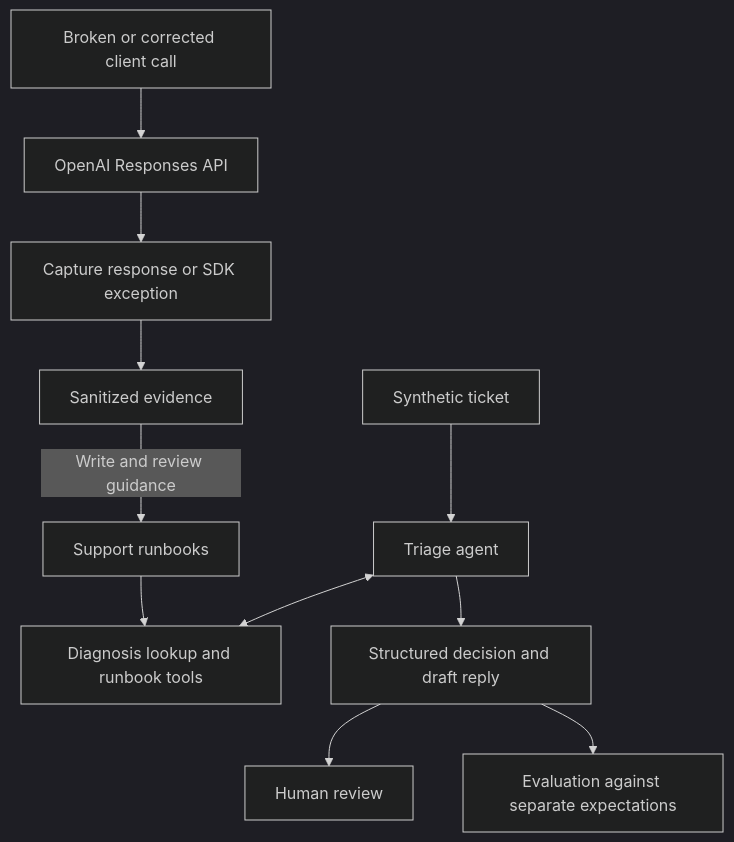
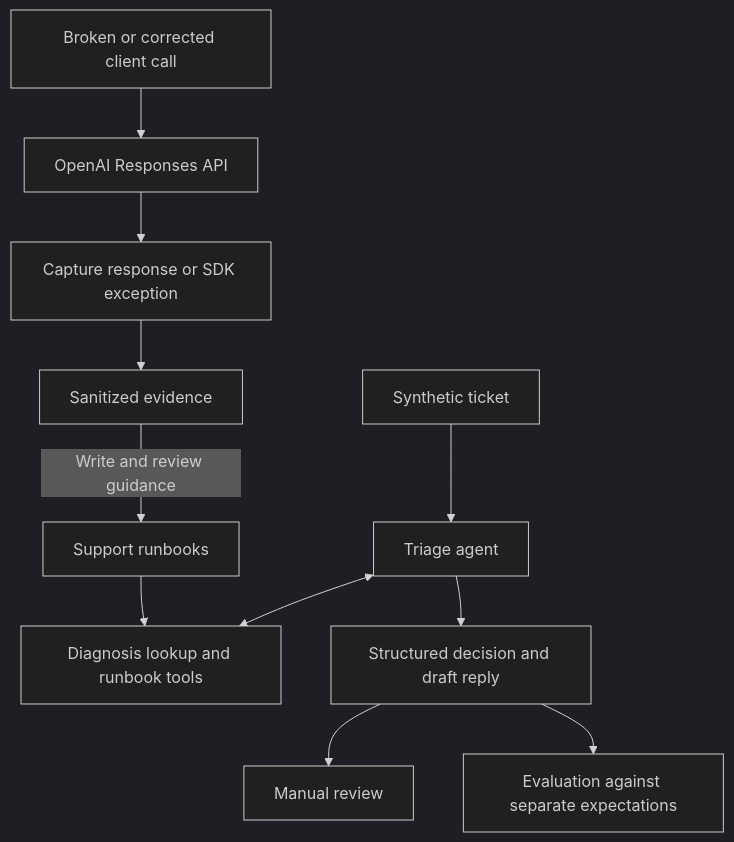
Before and after one commit to tjcollins321/api-support-lab: the diagram in README.md, drawn with Mermaid (dark theme). The commit also changed other lines of this file and 59 other files, not shown here.

````diff
--- a/README.md
+++ b/README.md
@@ -74,13 +74,13 @@
 ```mermaid
 flowchart TD
     A[Broken or corrected client call] --> B[OpenAI Responses API]
     B --> C[Capture response or SDK exception]
     C --> D[Sanitized evidence]
     D -->|Write and review guidance| E[Support runbooks]
     T[Synthetic ticket] --> F[Triage agent]
     F <--> G[Diagnosis lookup and runbook tools]
     E --> G
     F --> H[Structured decision and draft reply]
-    H --> I[Human review]
+    H --> I[Manual review]
     H --> J[Evaluation against separate expectations]
 ```
````
